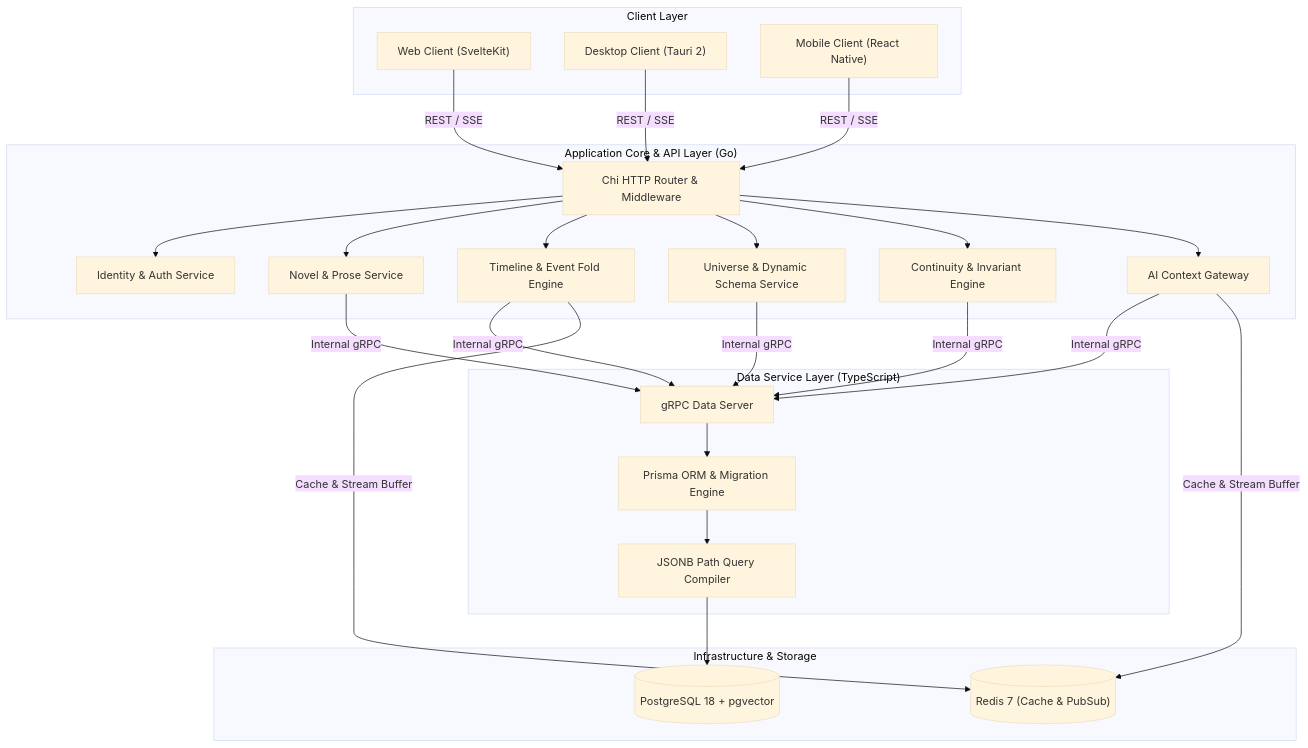
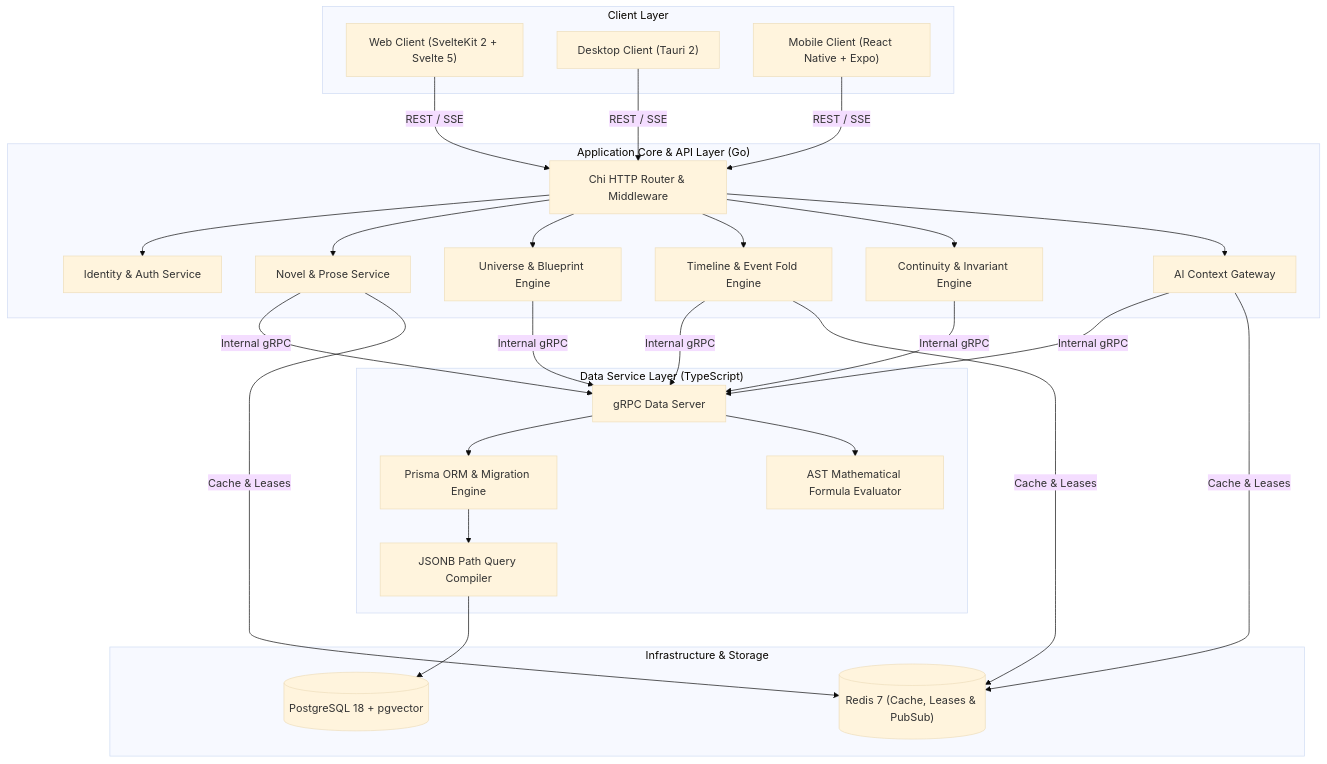
Before and after one commit to Yogesh-Kumar-Mallik-dev/NovWrite: the first of 3 diagrams in docs/BACKEND_ARCHITECTURE.md, drawn with Mermaid (base theme). The commit also changed other lines of this file and 5 other files, not shown here.

Commit message:
docs: update comprehensive architecture specifications for frontend, backend, and database revamp

````diff
--- a/docs/BACKEND_ARCHITECTURE.md
+++ b/docs/BACKEND_ARCHITECTURE.md
@@ -13,39 +13,40 @@
 ```mermaid
 flowchart TB
     subgraph Clients ["Client Layer"]
-        Web["Web Client (SvelteKit)"]
+        Web["Web Client (SvelteKit 2 + Svelte 5)"]
         Desk["Desktop Client (Tauri 2)"]
-        Mobile["Mobile Client (React Native)"]
+        Mobile["Mobile Client (React Native + Expo)"]
     end
 
     subgraph GoBackend ["Application Core & API Layer (Go)"]
         Router["Chi HTTP Router & Middleware"]
         AuthSvc["Identity & Auth Service"]
         NovelSvc["Novel & Prose Service"]
+        UniverseSvc["Universe & Blueprint Engine"]
         TimelineSvc["Timeline & Event Fold Engine"]
-        UniverseSvc["Universe & Dynamic Schema Service"]
         ContinuityEngine["Continuity & Invariant Engine"]
         AIGateway["AI Context Gateway"]
     end
 
     subgraph DataLayer ["Data Service Layer (TypeScript)"]
         GRPCServer["gRPC Data Server"]
         PrismaClient["Prisma ORM & Migration Engine"]
         QueryCompiler["JSONB Path Query Compiler"]
+        FormulaEngine["AST Mathematical Formula Evaluator"]
     end
 
     subgraph Storage ["Infrastructure & Storage"]
         PG[("PostgreSQL 18 + pgvector")]
-        Redis[("Redis 7 (Cache & PubSub)")]
+        Redis[("Redis 7 (Cache, Leases & PubSub)")]
     end
 
     Web & Desk & Mobile -->|"REST / SSE"| Router
-    Router --> AuthSvc & NovelSvc & TimelineSvc & UniverseSvc & ContinuityEngine & AIGateway
+    Router --> AuthSvc & NovelSvc & UniverseSvc & TimelineSvc & ContinuityEngine & AIGateway
 
     NovelSvc & TimelineSvc & UniverseSvc & ContinuityEngine & AIGateway -->|"Internal gRPC"| GRPCServer
-    GRPCServer --> PrismaClient
+    GRPCServer --> PrismaClient & FormulaEngine
     PrismaClient --> QueryCompiler
     QueryCompiler --> PG
 
-    AIGateway & TimelineSvc -->|"Cache & Stream Buffer"| Redis
+    AIGateway & TimelineSvc & NovelSvc -->|"Cache & Leases"| Redis
 ```
````
